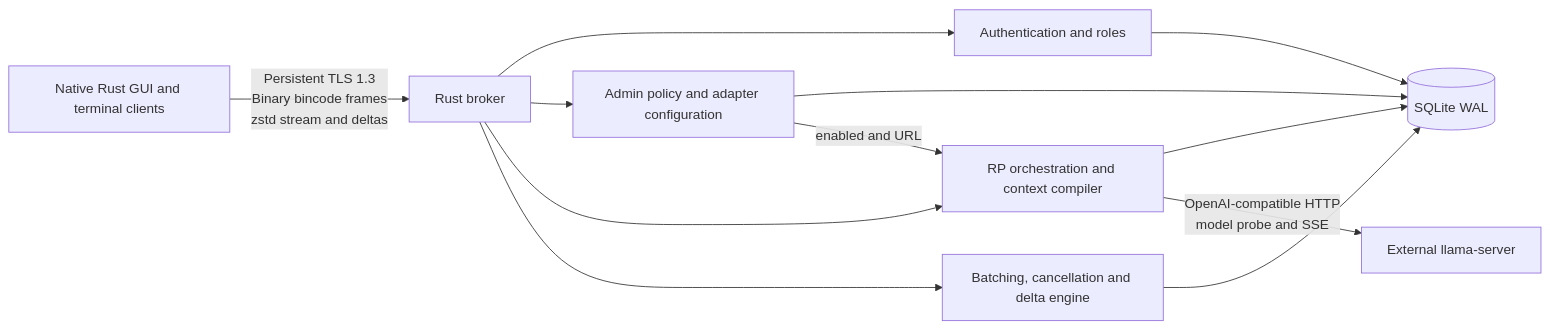
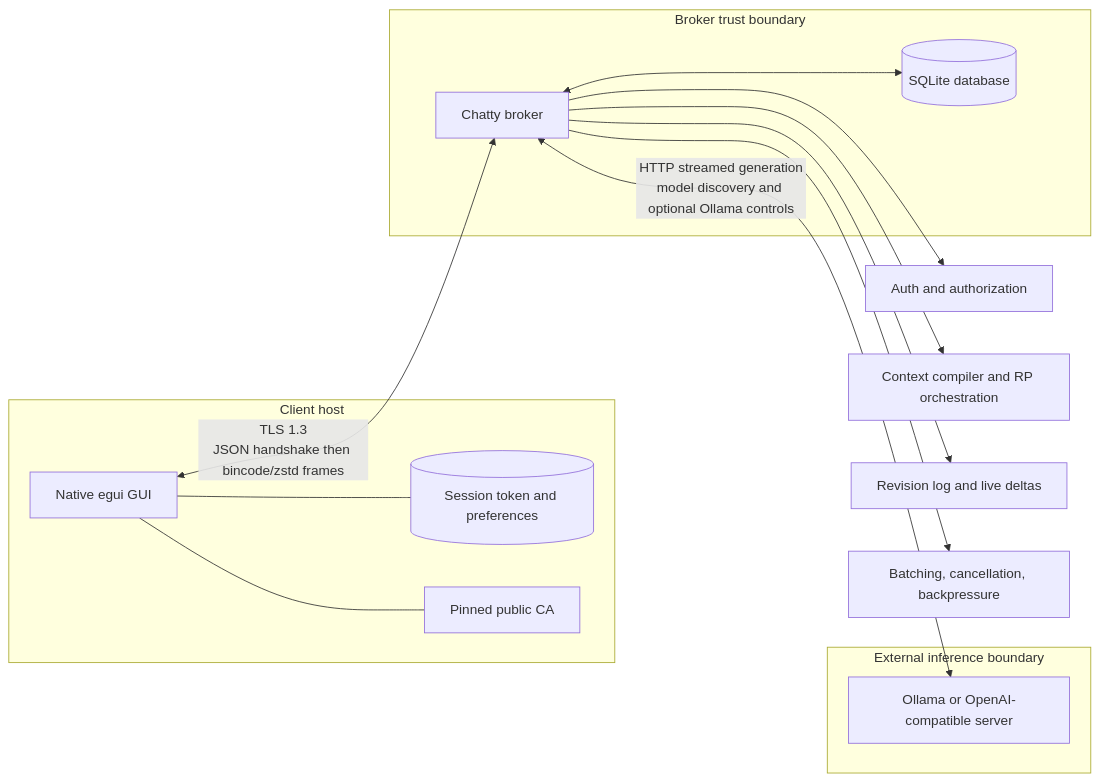
The diagram in docs/architecture/diagram.mmd (pheonixfirewingz/Chatty), drawn with Mermaid before and after one commit. The commit also changed 12 other files, not shown here.

```diff
--- a/docs/architecture/diagram.mmd
+++ b/docs/architecture/diagram.mmd
@@ -1,12 +1,26 @@
 flowchart LR
-  C[Native Rust GUI and terminal clients] -->|Persistent TLS 1.3\nBinary bincode frames\nzstd stream and deltas| B[Rust broker]
-  B --> A[Authentication and roles]
-  B --> M[Admin policy and adapter configuration]
-  B --> R[RP orchestration and context compiler]
-  B --> T[Batching, cancellation and delta engine]
-  A --> S[(SQLite WAL)]
-  M --> S
-  R --> S
-  T --> S
-  M -->|enabled and URL| R
-  R -->|OpenAI-compatible HTTP\nmodel probe and SSE| L[External llama-server]
+    subgraph ClientHost[Client host]
+        GUI[Native egui GUI]
+        Session[(Session token and preferences)]
+        CA[Pinned public CA]
+        GUI --- Session
+        GUI --- CA
+    end
+
+    subgraph BrokerHost[Broker trust boundary]
+        Broker[Chatty broker]
+        DB[(SQLite database)]
+        Broker <--> DB
+    end
+
+    subgraph ModelHost[External inference boundary]
+        Model[Ollama or OpenAI-compatible server]
+    end
+
+    GUI <-->|TLS 1.3\nJSON handshake then bincode/zstd frames| Broker
+    Broker <-->|HTTP streamed generation\nmodel discovery and optional Ollama controls| Model
+
+    Broker --> Auth[Auth and authorization]
+    Broker --> RP[Context compiler and RP orchestration]
+    Broker --> Sync[Revision log and live deltas]
+    Broker --> Stream[Batching, cancellation, backpressure]
```
